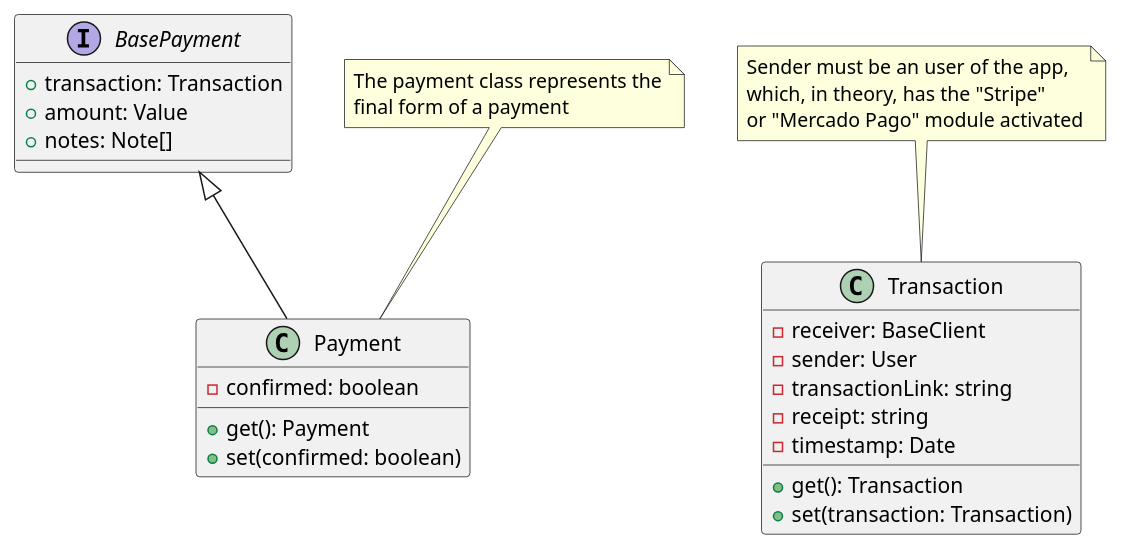
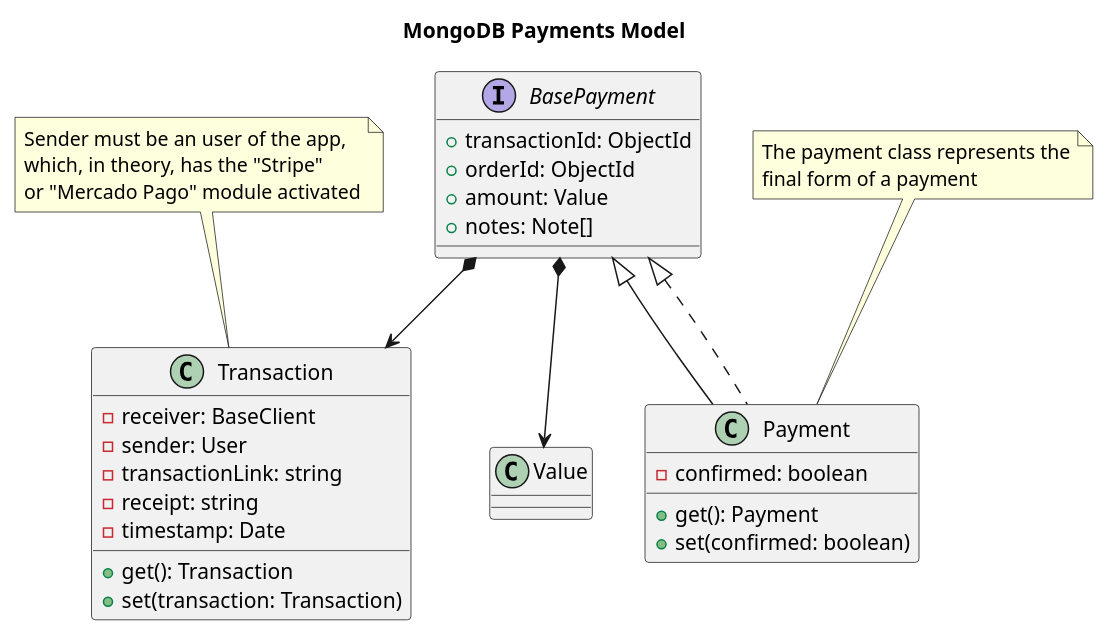
Before and after one commit to Chiqui1234ok/lions-app: the diagram in back/uml/Payments.puml, drawn with PlantUML.

Commit message:
added some attributes

```diff
--- a/back/uml/Payments.puml
+++ b/back/uml/Payments.puml
@@ -1,36 +1,47 @@
 @startuml
 
+title MongoDB Payments Model
+
 interface BasePayment {
-    + transaction: Transaction
+    + transactionId: ObjectId
+    + orderId: ObjectId
     + amount: Value
     + notes: Note[]
 }
 
 class Transaction {
     - receiver: BaseClient
     - sender: User
     - transactionLink: string
     - receipt: string
     - timestamp: Date
     + get(): Transaction
     + set(transaction: Transaction)
 }
 
 class Payment extends BasePayment {
     - confirmed: boolean
     + get(): Payment
     + set(confirmed: boolean)
 }
 
+' Inherit (interfaces)
+BasePayment <|.. Payment
+
+' Composition
+BasePayment *--> Transaction
+BasePayment *--> Value
+
+' Notes
 note top of Transaction
 Sender must be an user of the app,
 which, in theory, has the "Stripe"
 or "Mercado Pago" module activated
 endnote
 
 note top of Payment
 The payment class represents the
 final form of a payment
 endnote
 
 @enduml
```
